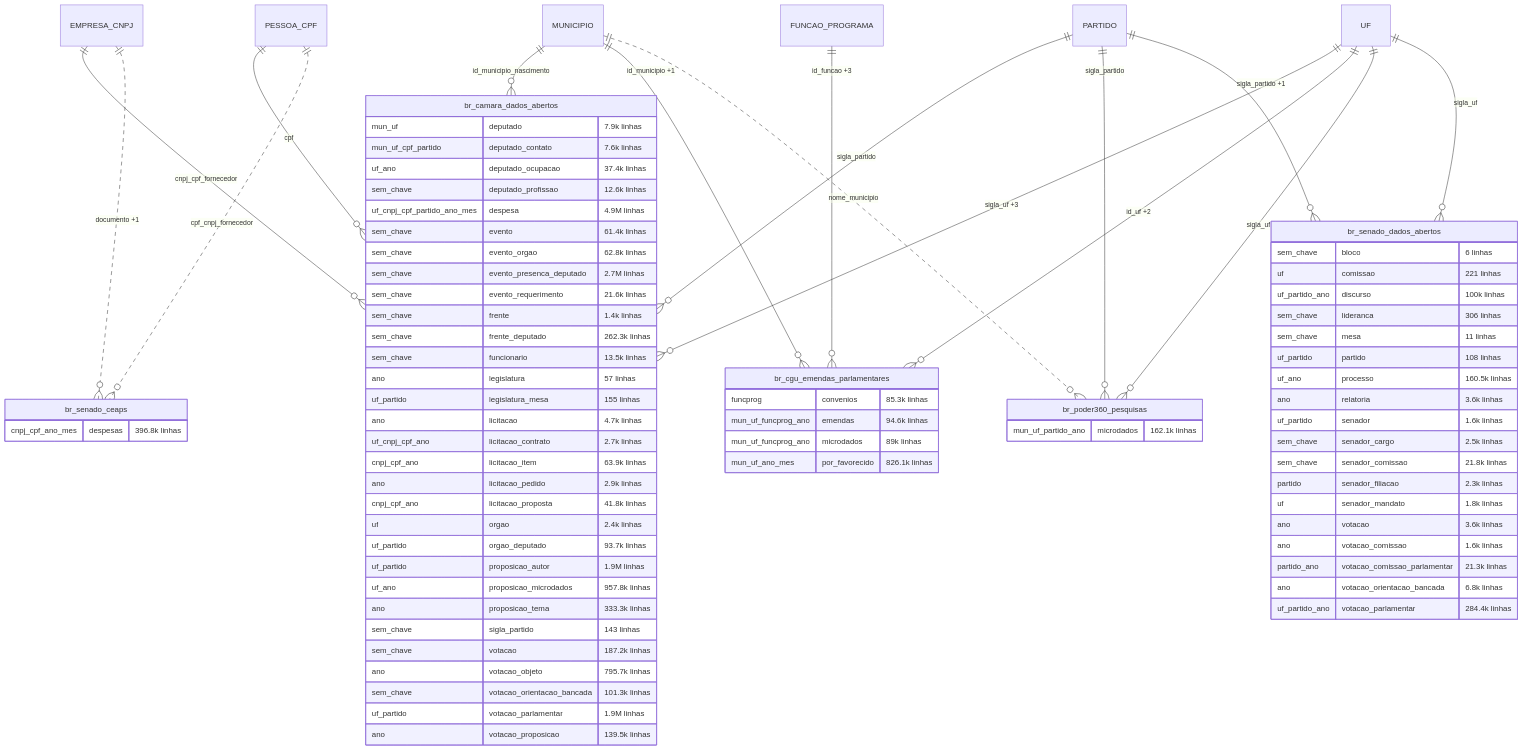
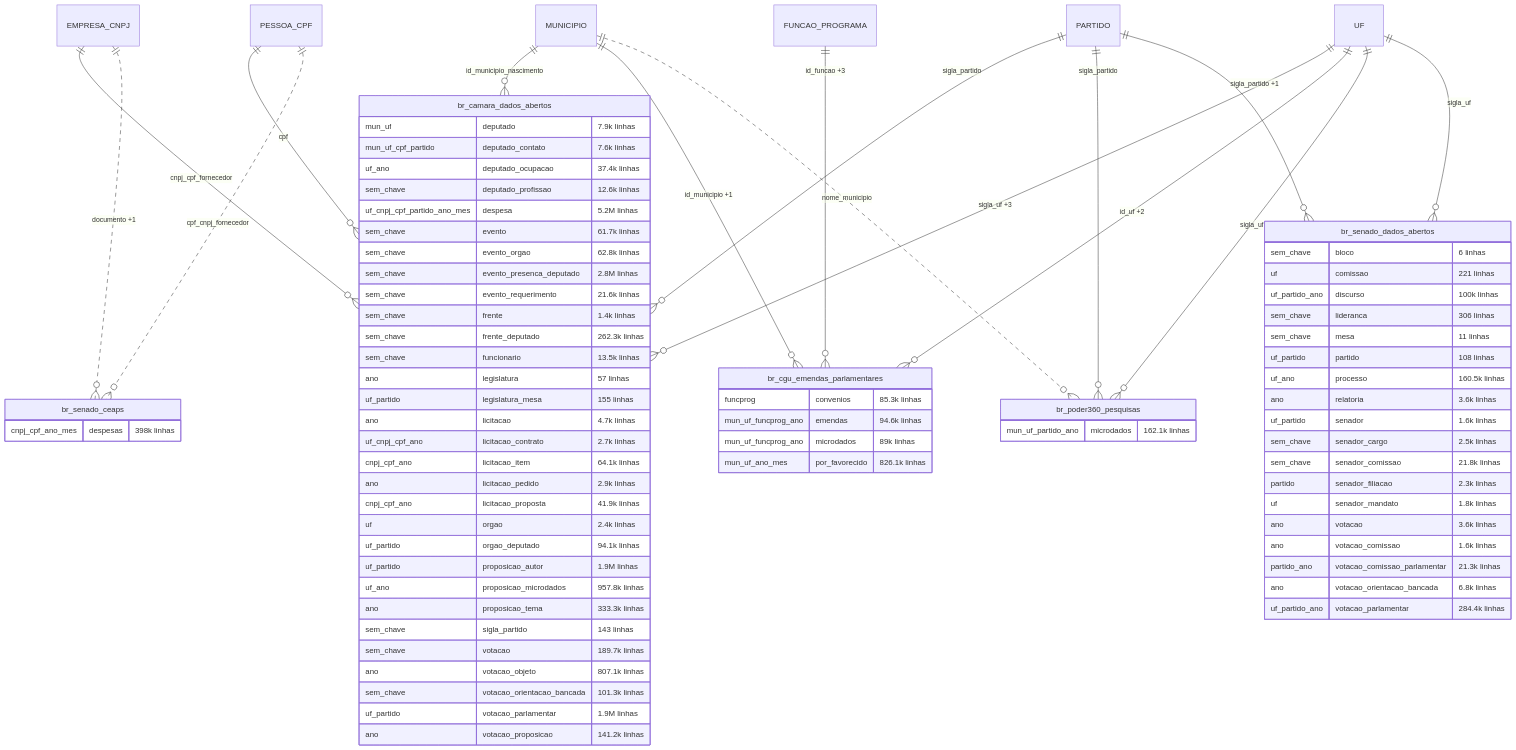
Before and after one commit to rafapolo/rodado: diagram 18 of 37 in docs/mapa/ERD.md, drawn with Mermaid. The commit also changed other lines of this file and 39 other files, not shown here.

````diff
--- a/docs/mapa/ERD.md
+++ b/docs/mapa/ERD.md
@@ -1595,82 +1704,82 @@
 ```mermaid
 erDiagram
     EMPRESA_CNPJ ||--o{ br_camara_dados_abertos : "cnpj_cpf_fornecedor"
     MUNICIPIO ||--o{ br_camara_dados_abertos : "id_municipio_nascimento"
     PARTIDO ||--o{ br_camara_dados_abertos : "sigla_partido"
     PESSOA_CPF ||--o{ br_camara_dados_abertos : "cpf"
     UF ||--o{ br_camara_dados_abertos : "sigla_uf +3"
     FUNCAO_PROGRAMA ||--o{ br_cgu_emendas_parlamentares : "id_funcao +3"
     MUNICIPIO ||--o{ br_cgu_emendas_parlamentares : "id_municipio +1"
     UF ||--o{ br_cgu_emendas_parlamentares : "id_uf +2"
     MUNICIPIO ||..o{ br_poder360_pesquisas : "nome_municipio"
     PARTIDO ||--o{ br_poder360_pesquisas : "sigla_partido"
     UF ||--o{ br_poder360_pesquisas : "sigla_uf"
     EMPRESA_CNPJ ||..o{ br_senado_ceaps : "documento +1"
     PESSOA_CPF ||..o{ br_senado_ceaps : "cpf_cnpj_fornecedor"
     PARTIDO ||--o{ br_senado_dados_abertos : "sigla_partido +1"
     UF ||--o{ br_senado_dados_abertos : "sigla_uf"
     br_camara_dados_abertos {
         mun_uf deputado "7.9k linhas"
         mun_uf_cpf_partido deputado_contato "7.6k linhas"
         uf_ano deputado_ocupacao "37.4k linhas"
         sem_chave deputado_profissao "12.6k linhas"
-        uf_cnpj_cpf_partido_ano_mes despesa "4.9M linhas"
-        sem_chave evento "61.4k linhas"
+        uf_cnpj_cpf_partido_ano_mes despesa "5.2M linhas"
+        sem_chave evento "61.7k linhas"
         sem_chave evento_orgao "62.8k linhas"
-        sem_chave evento_presenca_deputado "2.7M linhas"
+        sem_chave evento_presenca_deputado "2.8M linhas"
         sem_chave evento_requerimento "21.6k linhas"
         sem_chave frente "1.4k linhas"
         sem_chave frente_deputado "262.3k linhas"
         sem_chave funcionario "13.5k linhas"
         ano legislatura "57 linhas"
         uf_partido legislatura_mesa "155 linhas"
         ano licitacao "4.7k linhas"
         uf_cnpj_cpf_ano licitacao_contrato "2.7k linhas"
-        cnpj_cpf_ano licitacao_item "63.9k linhas"
+        cnpj_cpf_ano licitacao_item "64.1k linhas"
         ano licitacao_pedido "2.9k linhas"
-        cnpj_cpf_ano licitacao_proposta "41.8k linhas"
+        cnpj_cpf_ano licitacao_proposta "41.9k linhas"
         uf orgao "2.4k linhas"
-        uf_partido orgao_deputado "93.7k linhas"
+        uf_partido orgao_deputado "94.1k linhas"
         uf_partido proposicao_autor "1.9M linhas"
         uf_ano proposicao_microdados "957.8k linhas"
         ano proposicao_tema "333.3k linhas"
         sem_chave sigla_partido "143 linhas"
-        sem_chave votacao "187.2k linhas"
-        ano votacao_objeto "795.7k linhas"
+        sem_chave votacao "189.7k linhas"
+        ano votacao_objeto "807.1k linhas"
         sem_chave votacao_orientacao_bancada "101.3k linhas"
         uf_partido votacao_parlamentar "1.9M linhas"
-        ano votacao_proposicao "139.5k linhas"
+        ano votacao_proposicao "141.2k linhas"
     }
     br_cgu_emendas_parlamentares {
         funcprog convenios "85.3k linhas"
         mun_uf_funcprog_ano emendas "94.6k linhas"
         mun_uf_funcprog_ano microdados "89k linhas"
         mun_uf_ano_mes por_favorecido "826.1k linhas"
     }
     br_poder360_pesquisas {
         mun_uf_partido_ano microdados "162.1k linhas"
     }
     br_senado_ceaps {
-        cnpj_cpf_ano_mes despesas "396.8k linhas"
+        cnpj_cpf_ano_mes despesas "398k linhas"
     }
     br_senado_dados_abertos {
         sem_chave bloco "6 linhas"
         uf comissao "221 linhas"
         uf_partido_ano discurso "100k linhas"
         sem_chave lideranca "306 linhas"
         sem_chave mesa "11 linhas"
         uf_partido partido "108 linhas"
         uf_ano processo "160.5k linhas"
         ano relatoria "3.6k linhas"
         uf_partido senador "1.6k linhas"
         sem_chave senador_cargo "2.5k linhas"
         sem_chave senador_comissao "21.8k linhas"
         partido senador_filiacao "2.3k linhas"
         uf senador_mandato "1.8k linhas"
         ano votacao "3.6k linhas"
         ano votacao_comissao "1.6k linhas"
         partido_ano votacao_comissao_parlamentar "21.3k linhas"
         ano votacao_orientacao_bancada "6.8k linhas"
         uf_partido_ano votacao_parlamentar "284.4k linhas"
     }
 ```
````
